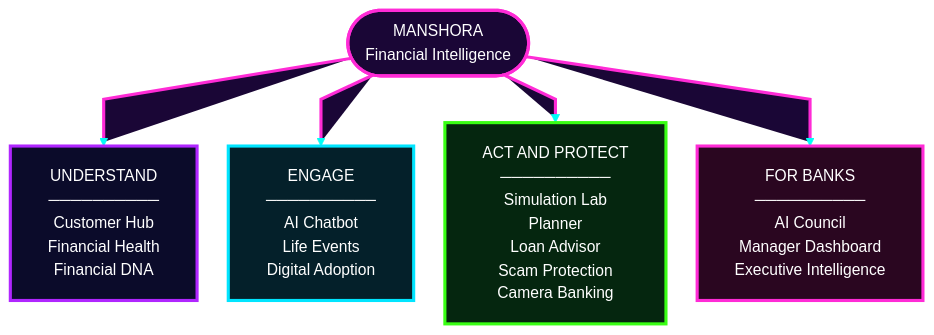
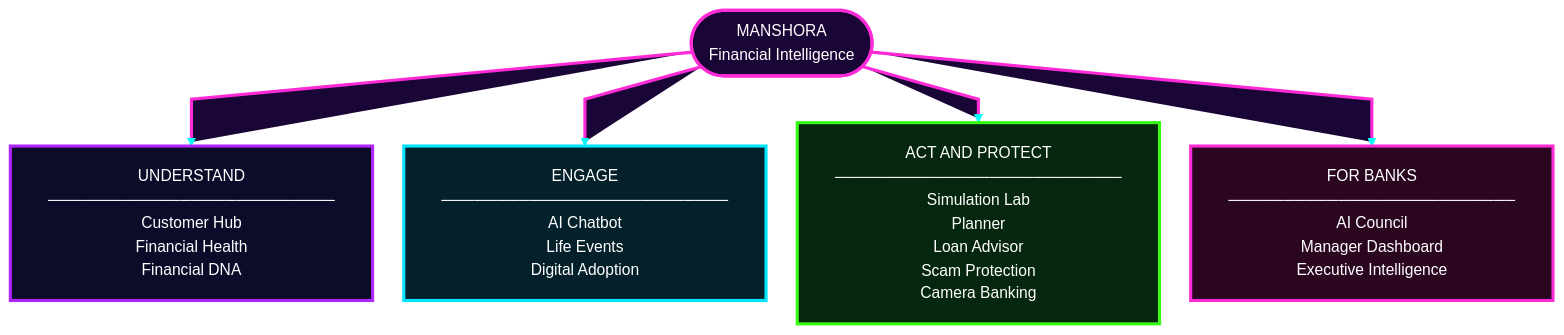
One commit to Mansi232323/MANSHORA changed the fourth of 17 diagrams in README.md. Above: the diagram before and after it, drawn with Mermaid. The commit also changed other lines of this file, not shown here.

````diff
--- a/README.md
+++ b/README.md
@@ -203,19 +206,20 @@
 ```mermaid
 %%{init: {'theme':'base','themeVariables':{'fontSize':'15px','fontFamily':'Arial, Helvetica, sans-serif','primaryColor':'#0b0b2a','primaryTextColor':'#ffffff','primaryBorderColor':'#b026ff','lineColor':'#00fff7','textColor':'#ffffff','edgeLabelBackground':'#0b0b2a'},'flowchart':{'htmlLabels':false,'nodeSpacing':30,'rankSpacing':45,'padding':18,'curve':'linear'}}}%%
 flowchart TB
     R(["MANSHORA<br/>Financial Intelligence"])
-    R --> U["UNDERSTAND<br/>──────────<br/>Customer Hub<br/>Financial Health<br/>Financial DNA"]
-    R --> E["ENGAGE<br/>──────────<br/>AI Chatbot<br/>Life Events<br/>Digital Adoption"]
-    R --> A["ACT AND PROTECT<br/>──────────<br/>Simulation Lab<br/>Planner<br/>Loan Advisor<br/>Scam Protection<br/>Camera Banking"]
-    R --> B["FOR BANKS<br/>──────────<br/>AI Council<br/>Manager Dashboard<br/>Executive Intelligence"]
+    R --> U["UNDERSTAND<br/>──────────────────────────<br/>Customer Hub<br/>Financial Health<br/>Financial DNA"]
+    R --> E["ENGAGE<br/>──────────────────────────<br/>AI Chatbot<br/>Life Events<br/>Digital Adoption"]
+    R --> A["ACT AND PROTECT<br/>──────────────────────────<br/>Simulation Lab<br/>Planner<br/>Loan Advisor<br/>Scam Protection<br/>Camera Banking"]
+    R --> B["FOR BANKS<br/>──────────────────────────<br/>AI Council<br/>Manager Dashboard<br/>Executive Intelligence"]
     classDef root fill:#1a0636,stroke:#ff2bd6,stroke-width:3px,color:#ffffff
     classDef und fill:#0b0b2a,stroke:#b026ff,stroke-width:3px,color:#ffffff
     classDef eng fill:#04202a,stroke:#00e5ff,stroke-width:3px,color:#ffffff
     classDef act fill:#05260f,stroke:#39ff14,stroke-width:3px,color:#ffffff
     classDef bank fill:#2a0620,stroke:#ff2bd6,stroke-width:3px,color:#ffffff
     class R root
     class U und
     class E eng
     class A act
     class B bank
+    linkStyle default fill:none,stroke:#00fff7,stroke-width:2px
 ```
````
